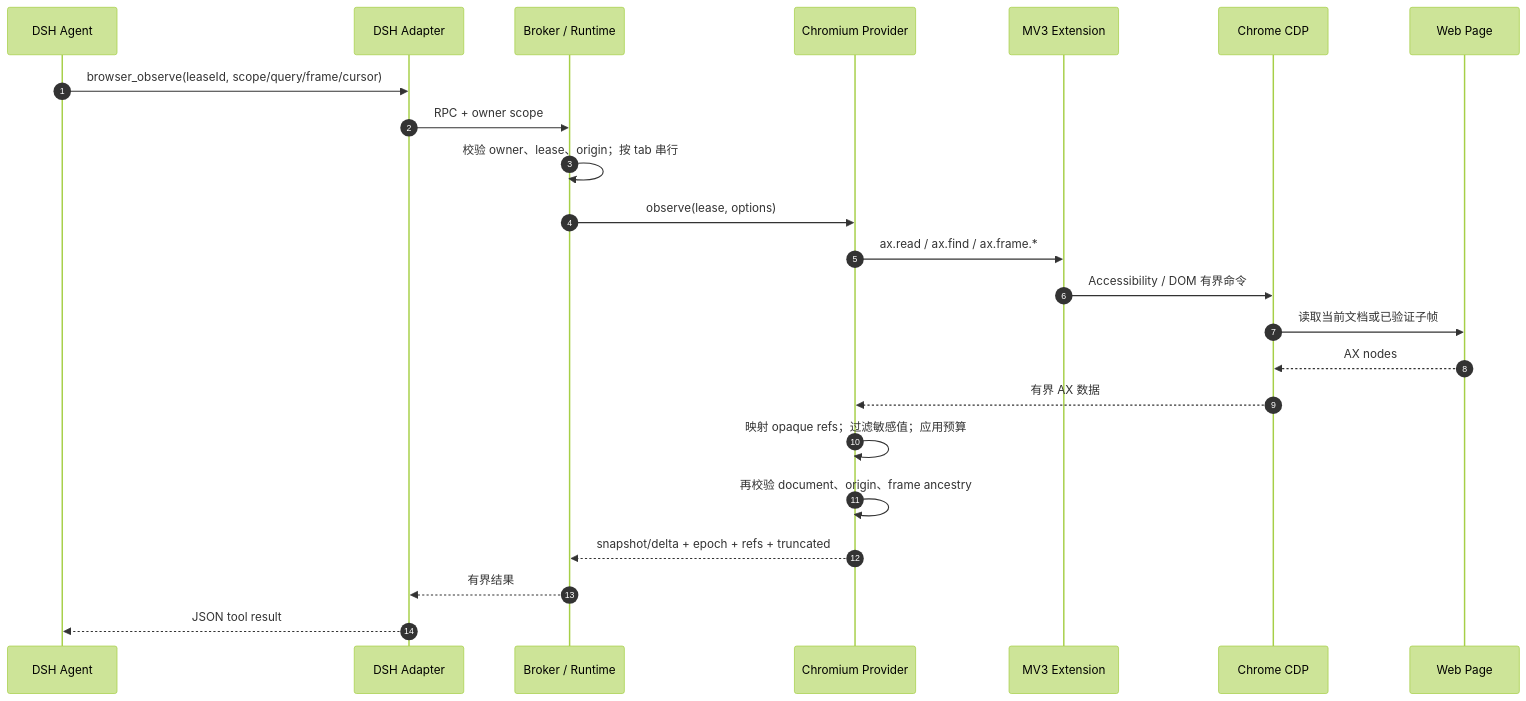
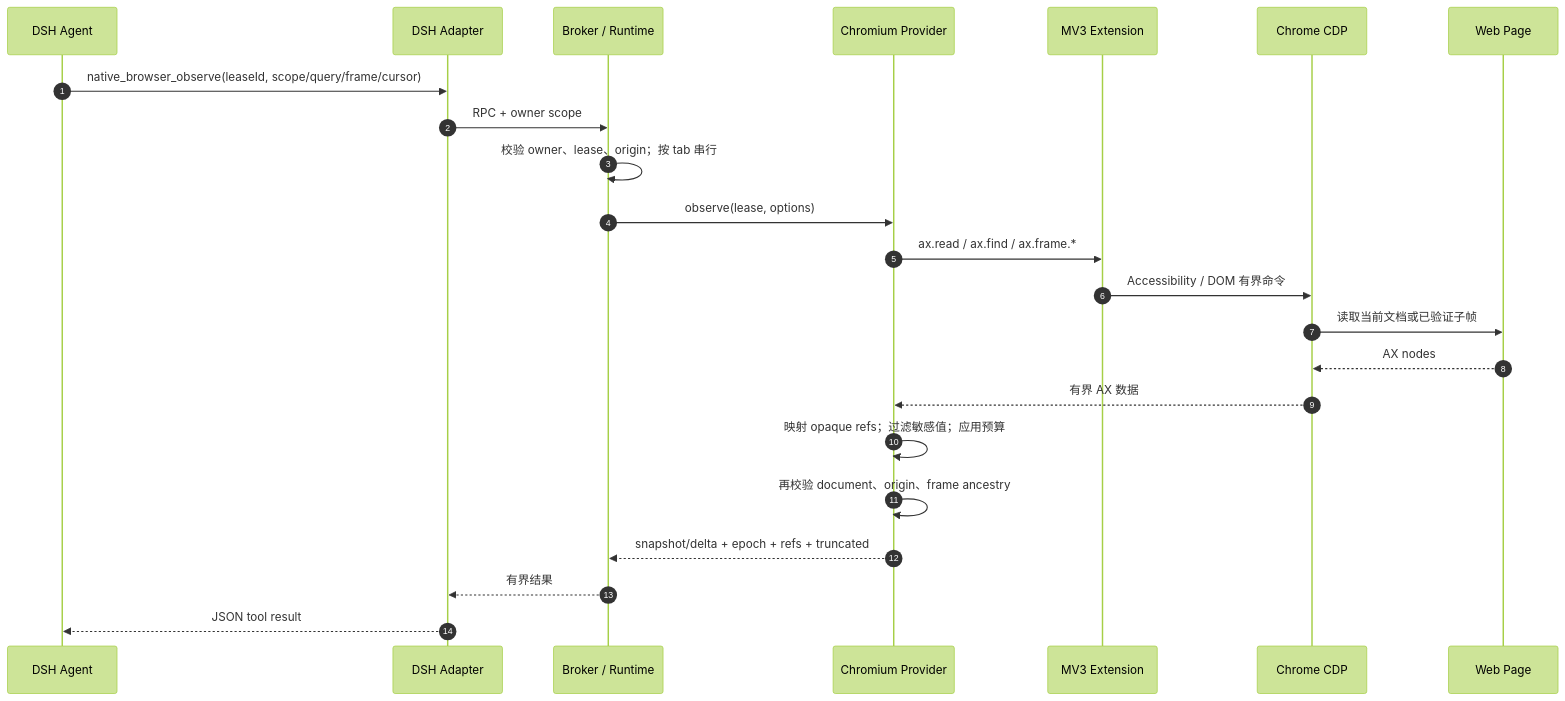
The third of 7 diagrams in docs/current-implementation.zh-CN.md (longmiaoo/dsh-native-browser), drawn with Mermaid (forest theme) before and after one commit. The commit also changed other lines of this file and 32 other files, not shown here.

Commit message:
feat(tools): isolate native browser namespace

```diff
--- a/docs/current-implementation.zh-CN.md
+++ b/docs/current-implementation.zh-CN.md
@@ -167,26 +167,26 @@
 ~~~mermaid
 sequenceDiagram
     autonumber
     participant A as DSH Agent
     participant D as DSH Adapter
     participant B as Broker / Runtime
     participant P as Chromium Provider
     participant E as MV3 Extension
     participant C as Chrome CDP
     participant W as Web Page
 
-    A->>D: browser_observe(leaseId, scope/query/frame/cursor)
+    A->>D: native_browser_observe(leaseId, scope/query/frame/cursor)
     D->>B: RPC + owner scope
     B->>B: 校验 owner、lease、origin；按 tab 串行
     B->>P: observe(lease, options)
     P->>E: ax.read / ax.find / ax.frame.*
     E->>C: Accessibility / DOM 有界命令
     C->>W: 读取当前文档或已验证子帧
     W-->>C: AX nodes
     C-->>P: 有界 AX 数据
     P->>P: 映射 opaque refs；过滤敏感值；应用预算
     P->>P: 再校验 document、origin、frame ancestry
     P-->>B: snapshot/delta + epoch + refs + truncated
     B-->>D: 有界结果
     D-->>A: JSON tool result
 ~~~
```
